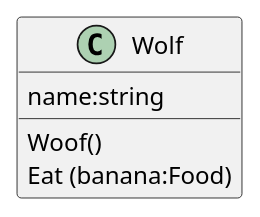
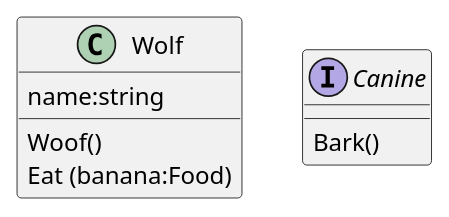
One commit to Jinming-Zhang/EverythingCS changed the diagram in UMLNotes/ClassDiagram/Examples/classDiagram.puml. Above: the diagram before and after it, drawn with PlantUML. The commit also changed 12 other files, not shown here.

```diff
--- a/UMLNotes/ClassDiagram/Examples/classDiagram.puml
+++ b/UMLNotes/ClassDiagram/Examples/classDiagram.puml
@@ -1,7 +1,11 @@
 @startuml ClassDiagram
 class Wolf{
 	name:string
 	Woof()
 	Eat (banana:Food)
 }
+
+interface Canine{
+	Bark()
+}
 @enduml
```
